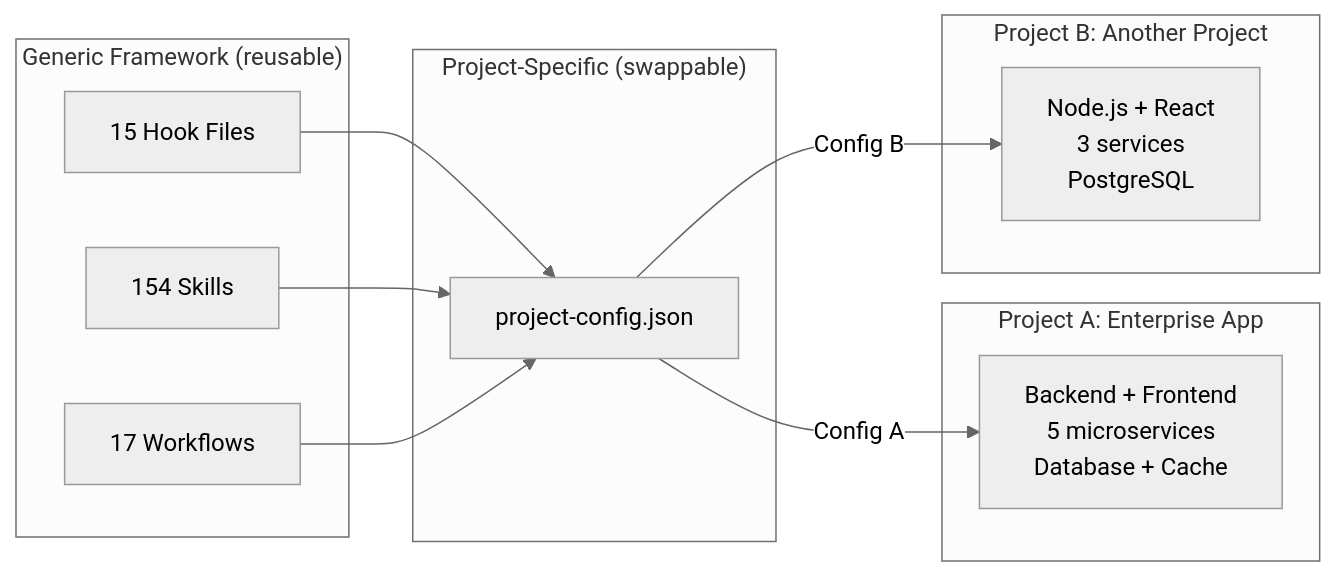
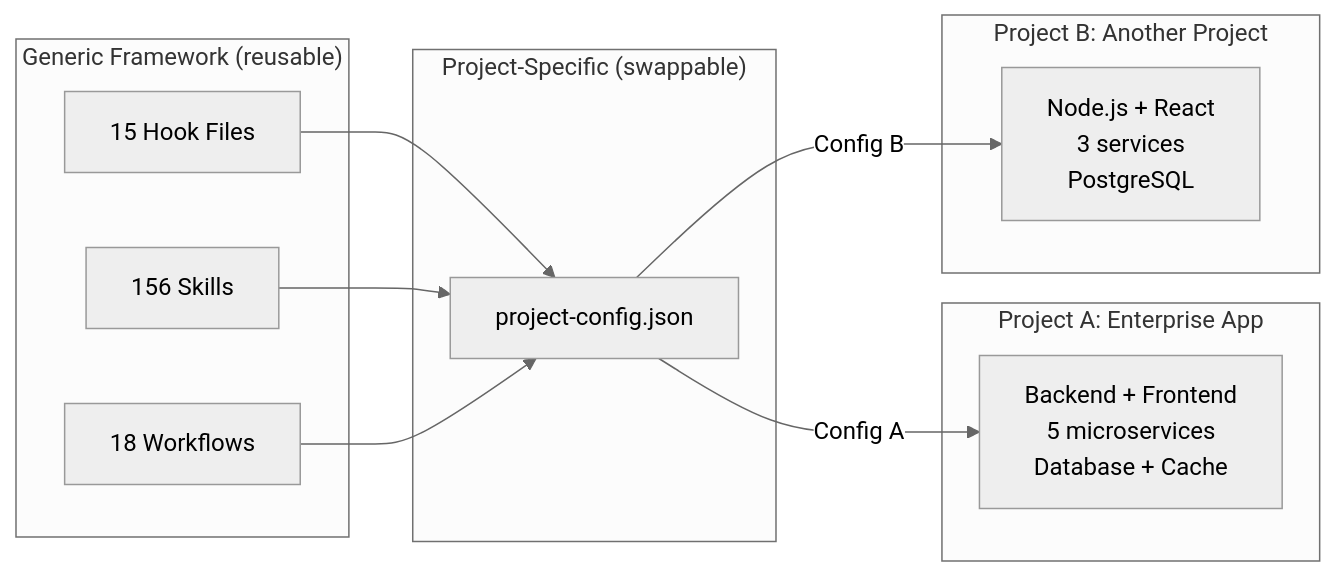
The eighth of 20 diagrams in .claude/docs/claude-ai-agent-framework-guide.md (duc01226/easy-claude), drawn with Mermaid (neutral theme) before and after one commit. The commit also changed other lines of this file and 45 other files, not shown here.

````diff
--- a/.claude/docs/claude-ai-agent-framework-guide.md
+++ b/.claude/docs/claude-ai-agent-framework-guide.md
@@ -876,24 +877,24 @@
 ```mermaid
 graph LR
     subgraph "Generic Framework (reusable)"
         H[15 Hook Files]
-        S[154 Skills]
-        W[17 Workflows]
+        S[156 Skills]
+        W[18 Workflows]
     end
 
     subgraph "Project-Specific (swappable)"
         PC[project-config.json]
     end
 
     subgraph "Project A: Enterprise App"
         PA[Backend + Frontend<br/>5 microservices<br/>Database + Cache]
     end
 
     subgraph "Project B: Another Project"
         PB[Node.js + React<br/>3 services<br/>PostgreSQL]
     end
 
     H & S & W --> PC
     PC -->|Config A| PA
     PC -->|Config B| PB
 ```
````
